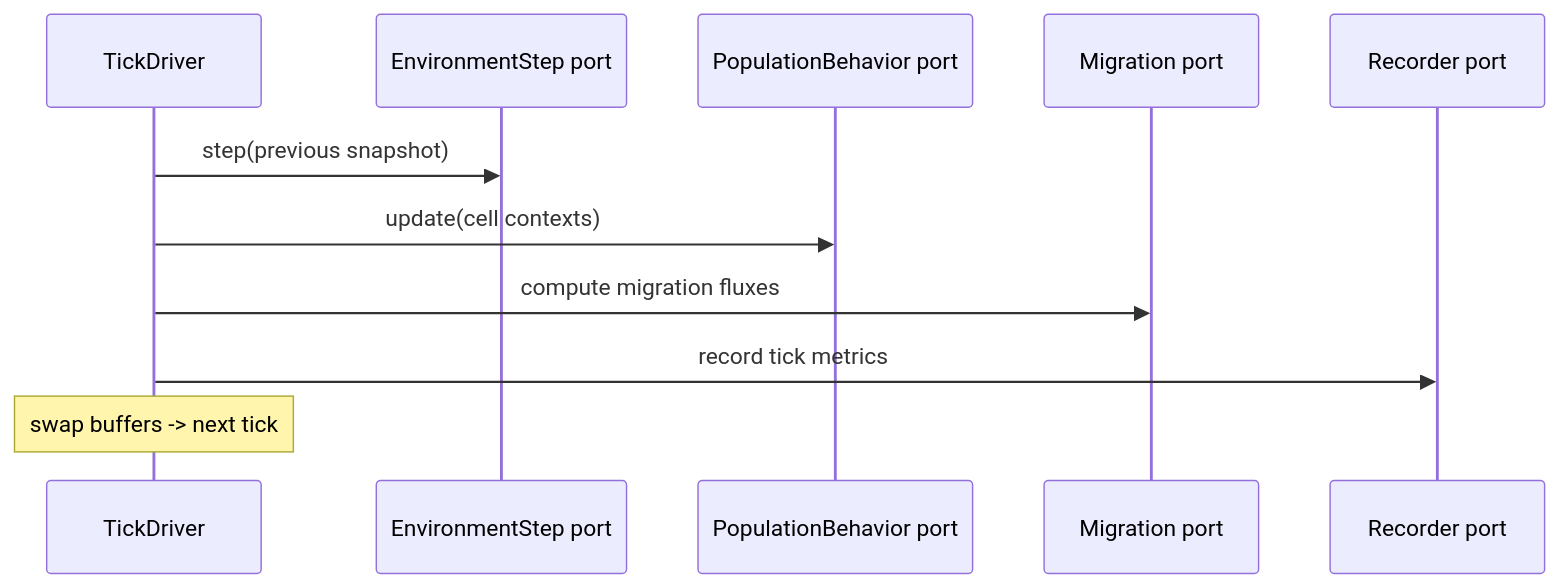
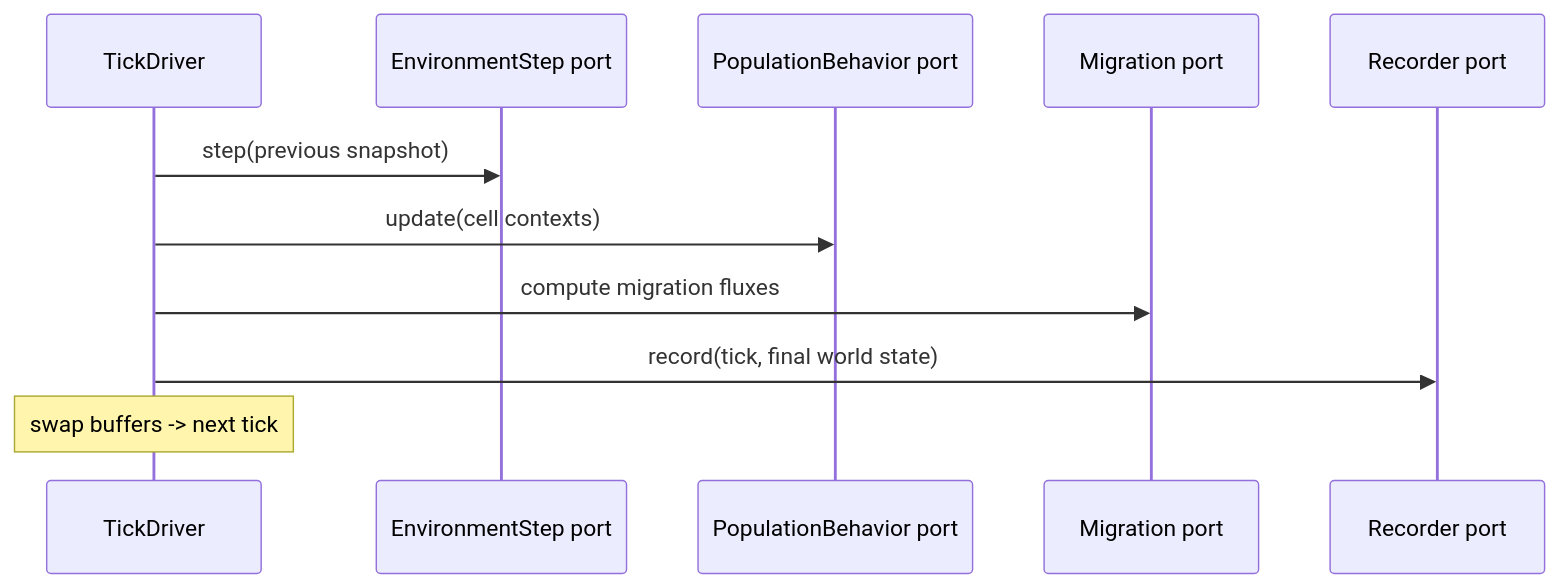
One commit to TimerErTim/bioinf.bachelor-thesis changed the second of 2 diagrams in docs/ARCHITECTURE.md. Above: the diagram before and after it, drawn with Mermaid. The commit also changed other lines of this file and 9 other files, not shown here.

````diff
--- a/docs/ARCHITECTURE.md
+++ b/docs/ARCHITECTURE.md
@@ -57,13 +57,13 @@
 ```mermaid
 sequenceDiagram
     participant D as TickDriver
     participant E as EnvironmentStep port
     participant B as PopulationBehavior port
     participant M as Migration port
     participant R as Recorder port
     D->>E: step(previous snapshot)
     D->>B: update(cell contexts)
     D->>M: compute migration fluxes
-    D->>R: record tick metrics
+    D->>R: record(tick, final world state)
     Note over D: swap buffers -> next tick
 ```
````
